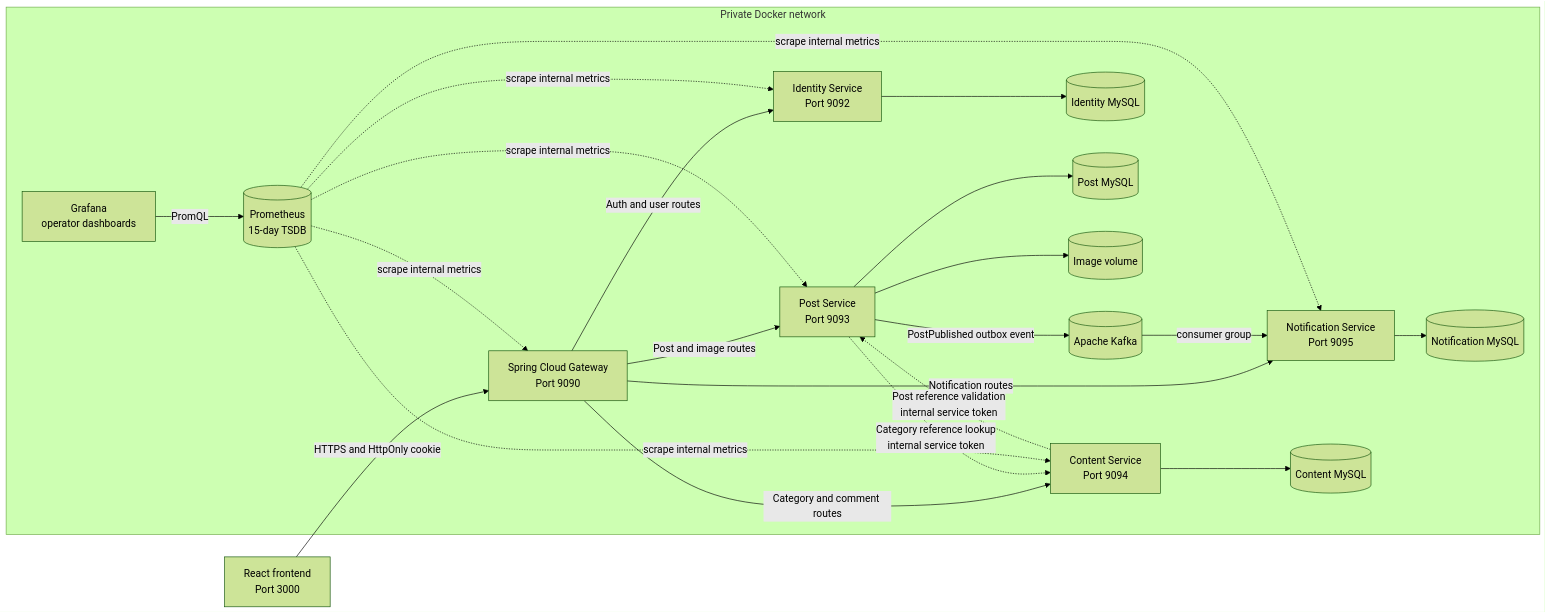
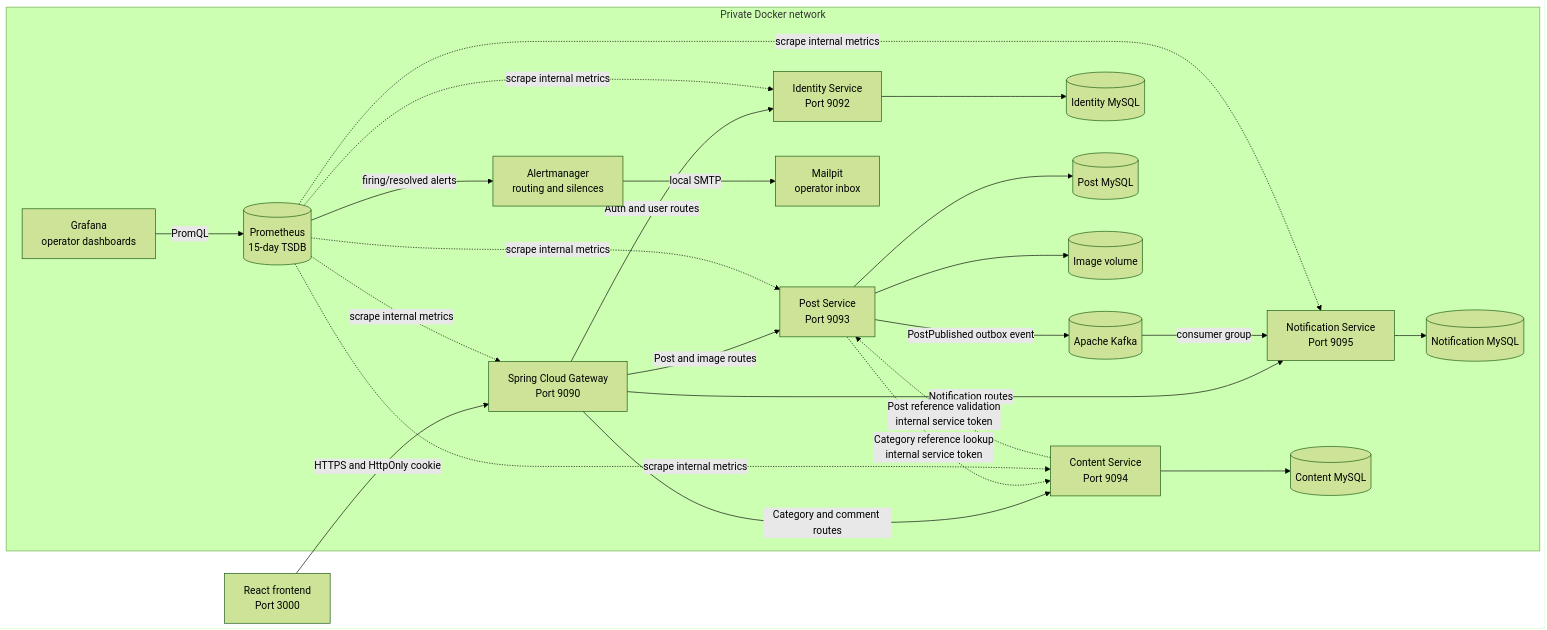
The first of 2 diagrams in docs/architecture.md (studywithdanish/microservices-backend), drawn with Mermaid (forest theme) before and after one commit. The commit also changed other lines of this file and 23 other files, not shown here.

Commit message:
Complete observability phase 4 with Alertmanager routing

````diff
--- a/docs/architecture.md
+++ b/docs/architecture.md
@@ -7,29 +7,31 @@
 ```mermaid
 flowchart LR
     Browser[React frontend<br/>Port 3000] -->|HTTPS and HttpOnly cookie| Gateway[Spring Cloud Gateway<br/>Port 9090]
 
     subgraph Private Docker network
         Gateway -->|Auth and user routes| Identity[Identity Service<br/>Port 9092]
         Gateway -->|Post and image routes| Post[Post Service<br/>Port 9093]
         Gateway -->|Category and comment routes| Content[Content Service<br/>Port 9094]
         Gateway -->|Notification routes| Notification[Notification Service<br/>Port 9095]
 
         Identity --> IdentityDb[(Identity MySQL)]
         Post --> PostDb[(Post MySQL)]
         Post --> Images[(Image volume)]
         Content --> ContentDb[(Content MySQL)]
         Notification --> NotificationDb[(Notification MySQL)]
         Post -->|PostPublished outbox event| Kafka[(Apache Kafka)]
         Kafka -->|consumer group| Notification
 
         Post -.->|Category reference lookup<br/>internal service token| Content
         Content -.->|Post reference validation<br/>internal service token| Post
 
         Prometheus[(Prometheus<br/>15-day TSDB)] -.->|scrape internal metrics| Gateway
         Prometheus -.->|scrape internal metrics| Identity
         Prometheus -.->|scrape internal metrics| Post
         Prometheus -.->|scrape internal metrics| Content
         Prometheus -.->|scrape internal metrics| Notification
         Grafana[Grafana<br/>operator dashboards] -->|PromQL| Prometheus
+        Prometheus -->|firing/resolved alerts| Alertmanager[Alertmanager<br/>routing and silences]
+        Alertmanager -->|local SMTP| Mailpit[Mailpit<br/>operator inbox]
     end
 ```
````
